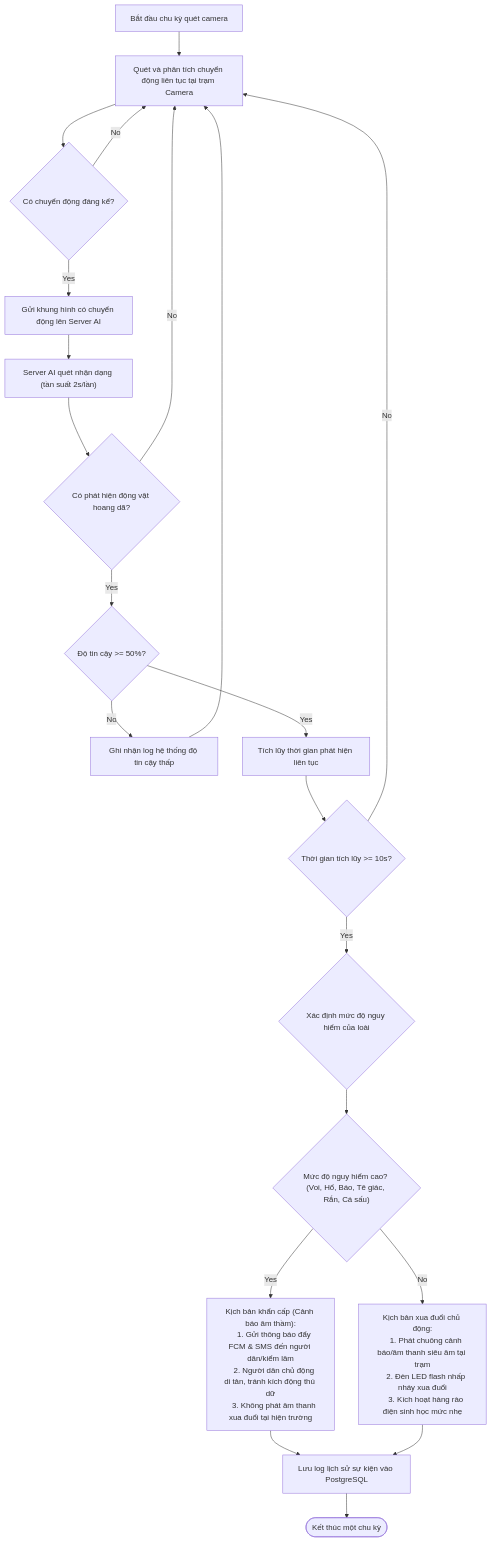
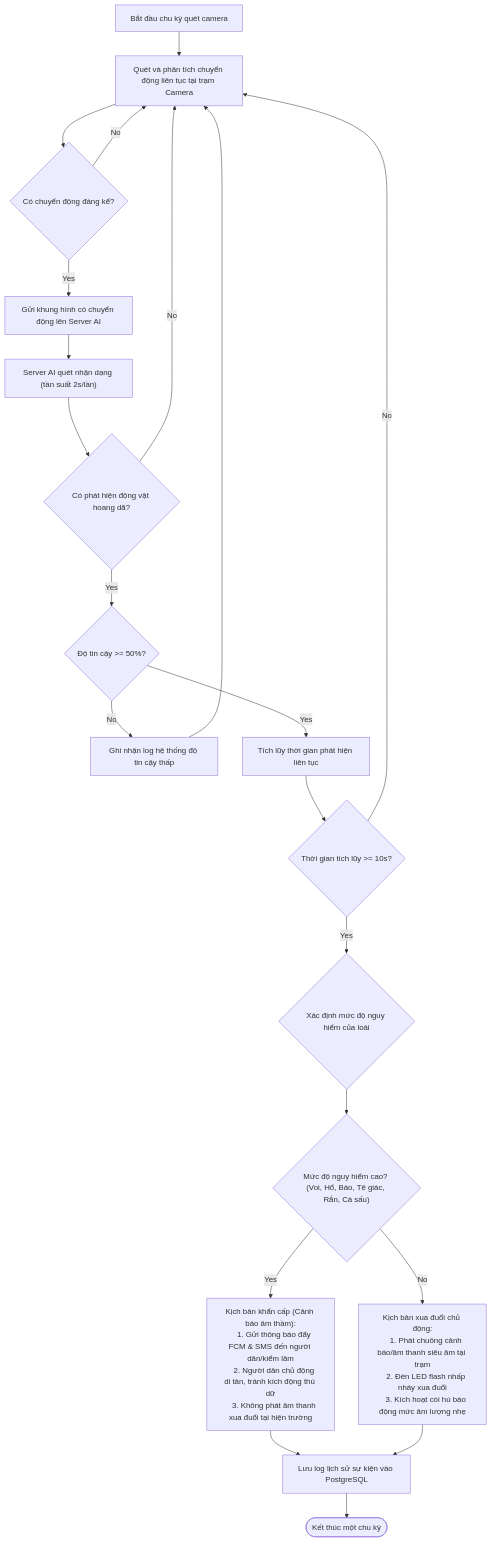
Before and after one commit to trungnguyenthien/Wildlife-Warning-and-Deterrence-System: the second of 3 diagrams in docs/01-de-tai-nghien-cuu-canh-bao-dong-vat.md, drawn with Mermaid. The commit also changed other lines of this file and 75 other files, not shown here.

````diff
--- a/docs/01-de-tai-nghien-cuu-canh-bao-dong-vat.md
+++ b/docs/01-de-tai-nghien-cuu-canh-bao-dong-vat.md
@@ -115,38 +115,38 @@
 ```mermaid
 flowchart TD
     Start["Bắt đầu chu kỳ quét camera"] --> Scan["Quét và phân tích chuyển động liên tục tại trạm Camera"]
     Scan --> CheckMotion{"Có chuyển động đáng kể?"}
 
     CheckMotion -- No --> Scan
     CheckMotion -- Yes --> SendImage["Gửi khung hình có chuyển động lên Server AI"]
 
     SendImage --> RunAI["Server AI quét nhận dạng (tần suất 2s/lần)"]
     RunAI --> CheckDetect{"Có phát hiện động vật hoang dã?"}
 
     CheckDetect -- No --> Scan
     CheckDetect -- Yes --> CheckConfidence{"Độ tin cậy >= 50%?"}
 
     CheckConfidence -- No --> LogLow["Ghi nhận log hệ thống độ tin cậy thấp"] --> Scan
     CheckConfidence -- Yes --> StartTimer["Tích lũy thời gian phát hiện liên tục"]
 
     StartTimer --> Check10s{"Thời gian tích lũy >= 10s?"}
 
     Check10s -- No --> Scan
     Check10s -- Yes --> GetDanger{"Xác định mức độ nguy hiểm của loài"}
 
     GetDanger --> CheckHigh{"Mức độ nguy hiểm cao? (Voi, Hổ, Báo, Tê giác, Rắn, Cá sấu)"}
 
     CheckHigh -- Yes --> HighRisk["Kịch bản khẩn cấp (Cảnh báo âm thầm):
     1. Gửi thông báo đẩy FCM & SMS đến người dân/kiểm lâm
     2. Người dân chủ động di tản, tránh kích động thú dữ
     3. Không phát âm thanh xua đuổi tại hiện trường"]
 
     CheckHigh -- No --> LowRisk["Kịch bản xua đuổi chủ động:
     1. Phát chuông cảnh báo/âm thanh siêu âm tại trạm
     2. Đèn LED flash nhấp nháy xua đuổi
-    3. Kích hoạt hàng rào điện sinh học mức nhẹ"]
+    3. Kích hoạt còi hú báo động mức âm lượng nhẹ"]
 
     HighRisk --> Log["Lưu log lịch sử sự kiện vào PostgreSQL"]
     LowRisk --> Log
     Log --> End(["Kết thúc một chu kỳ"])
 ```
````
